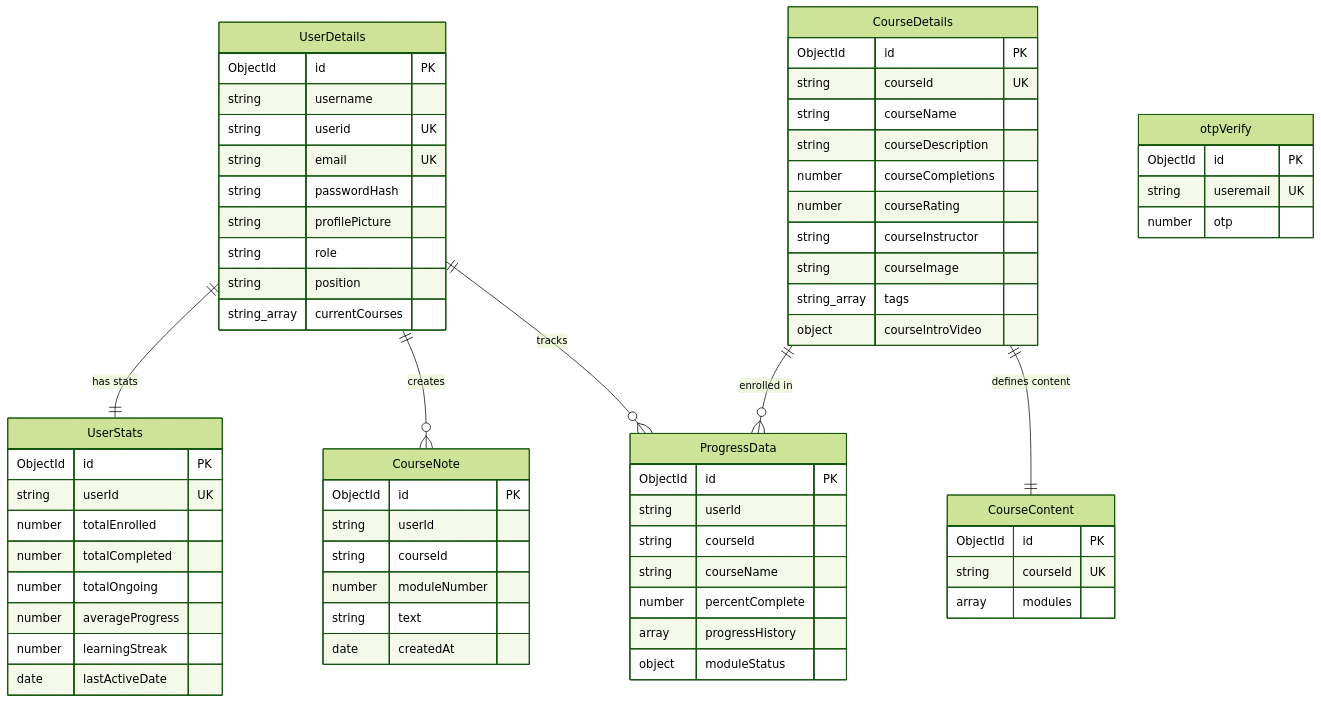
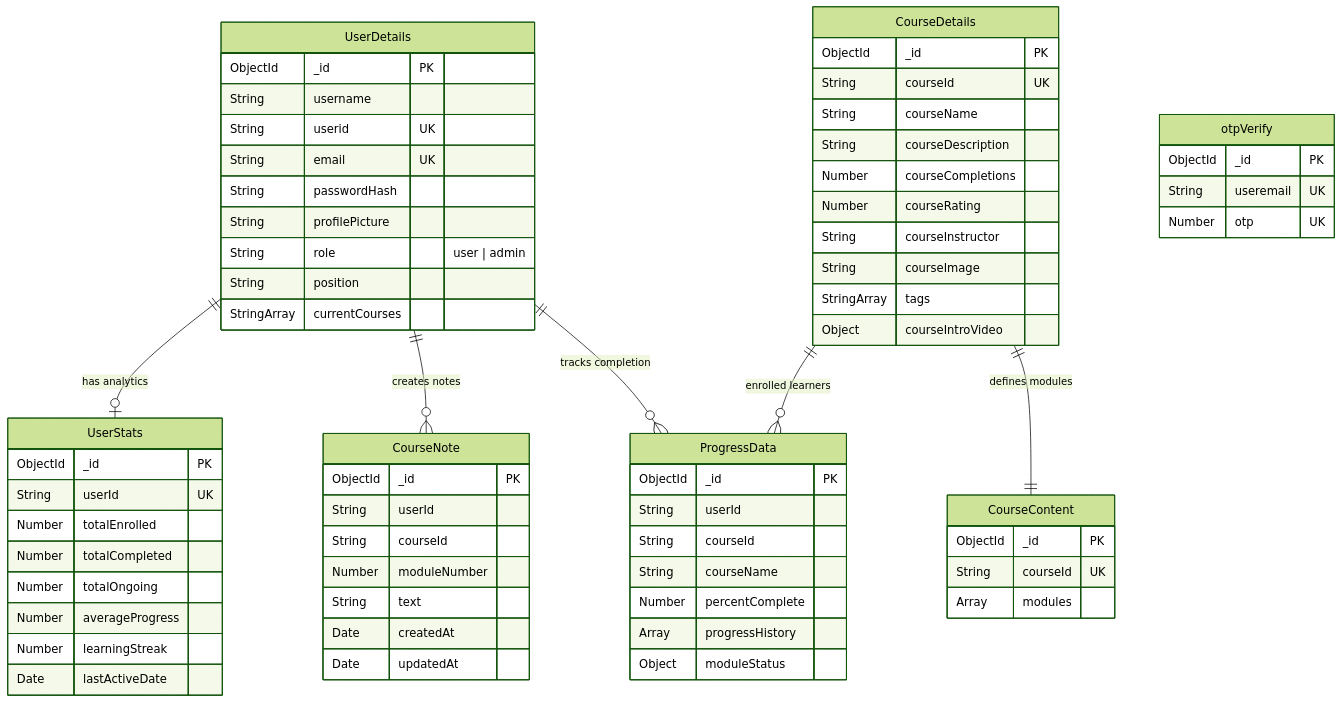
Before and after one commit to abdul8704/EduTrack: the second of 3 diagrams in architecture.md, drawn with Mermaid (forest theme). The commit also changed other lines of this file, not shown here.

Commit message:
docs: sync system architecture and technical documentation with codebase

````diff
--- a/architecture.md
+++ b/architecture.md
@@ -147,75 +167,76 @@
 ```mermaid
 erDiagram
     UserDetails {
-        ObjectId id PK
-        string username
-        string userid UK
-        string email UK
-        string passwordHash
-        string profilePicture
-        string role
-        string position
-        string_array currentCourses
+        ObjectId _id PK
+        String username
+        String userid UK
+        String email UK
+        String passwordHash
+        String profilePicture
+        String role "user | admin"
+        String position
+        StringArray currentCourses
     }
 
     CourseDetails {
-        ObjectId id PK
-        string courseId UK
-        string courseName
-        string courseDescription
-        number courseCompletions
-        number courseRating
-        string courseInstructor
-        string courseImage
-        string_array tags
-        object courseIntroVideo
+        ObjectId _id PK
+        String courseId UK
+        String courseName
+        String courseDescription
+        Number courseCompletions
+        Number courseRating
+        String courseInstructor
+        String courseImage
+        StringArray tags
+        Object courseIntroVideo
     }
 
     CourseContent {
-        ObjectId id PK
-        string courseId UK
-        array modules
+        ObjectId _id PK
+        String courseId UK
+        Array modules
     }
 
     ProgressData {
-        ObjectId id PK
-        string userId
-        string courseId
-        string courseName
-        number percentComplete
-        array progressHistory
-        object moduleStatus
+        ObjectId _id PK
+        String userId
+        String courseId
+        String courseName
+        Number percentComplete
+        Array progressHistory
+        Object moduleStatus
     }
 
     CourseNote {
-        ObjectId id PK
-        string userId
-        string courseId
-        number moduleNumber
-        string text
-        date createdAt
+        ObjectId _id PK
+        String userId
+        String courseId
+        Number moduleNumber
+        String text
+        Date createdAt
+        Date updatedAt
     }
 
     UserStats {
-        ObjectId id PK
-        string userId UK
-        number totalEnrolled
-        number totalCompleted
-        number totalOngoing
-        number averageProgress
-        number learningStreak
-        date lastActiveDate
+        ObjectId _id PK
+        String userId UK
+        Number totalEnrolled
+        Number totalCompleted
+        Number totalOngoing
+        Number averageProgress
+        Number learningStreak
+        Date lastActiveDate
     }
 
     otpVerify {
-        ObjectId id PK
-        string useremail UK
-        number otp
+        ObjectId _id PK
+        String useremail UK
+        Number otp UK
     }
 
-    UserDetails ||--o{ ProgressData : "tracks"
-    CourseDetails ||--|| CourseContent : "defines content"
-    CourseDetails ||--o{ ProgressData : "enrolled in"
-    UserDetails ||--o{ CourseNote : "creates"
-    UserDetails ||--|| UserStats : "has stats"
+    UserDetails ||--o{ ProgressData : "tracks completion"
+    UserDetails ||--o{ CourseNote : "creates notes"
+    UserDetails ||--o| UserStats : "has analytics"
+    CourseDetails ||--|| CourseContent : "defines modules"
+    CourseDetails ||--o{ ProgressData : "enrolled learners"
 ```
````
